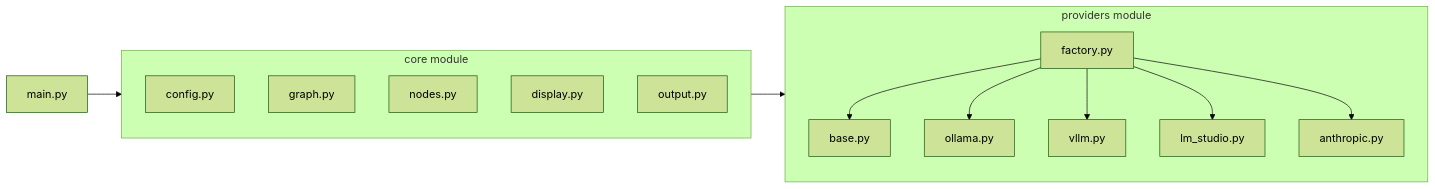
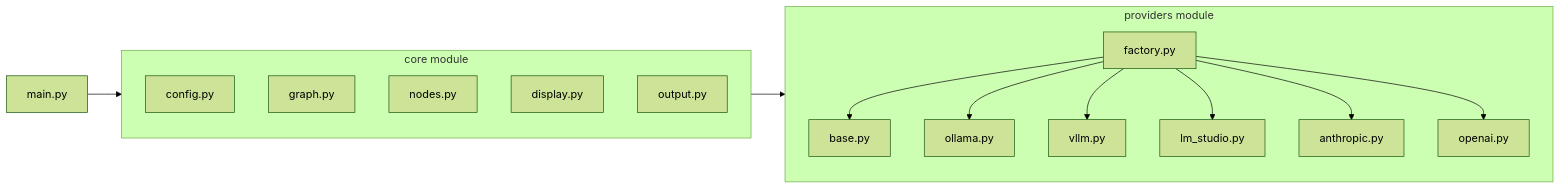
One commit to machinedge/prizms-oss changed the diagram in backend/README.md. Above: the diagram before and after it, drawn with Mermaid (forest theme). The commit also changed other lines of this file and 3 other files, not shown here.

````diff
--- a/backend/README.md
+++ b/backend/README.md
@@ -11,28 +11,30 @@
 ```mermaid
 flowchart LR
     MainPy[main.py] --> Core
     Core --> Providers
     
     subgraph Core [core module]
         ConfigPy[config.py]
         GraphPy[graph.py]
         NodesPy[nodes.py]
         DisplayPy[display.py]
         OutputPy[output.py]
     end
     
     subgraph Providers [providers module]
         Factory[factory.py]
         BasePy[base.py]
         OllamaPy[ollama.py]
         VllmPy[vllm.py]
         LmStudioPy[lm_studio.py]
         AnthropicPy[anthropic.py]
+        OpenAIPy[openai.py]
     end
     
     Factory --> BasePy
     Factory --> OllamaPy
     Factory --> VllmPy
     Factory --> LmStudioPy
     Factory --> AnthropicPy
+    Factory --> OpenAIPy
 ```
````
